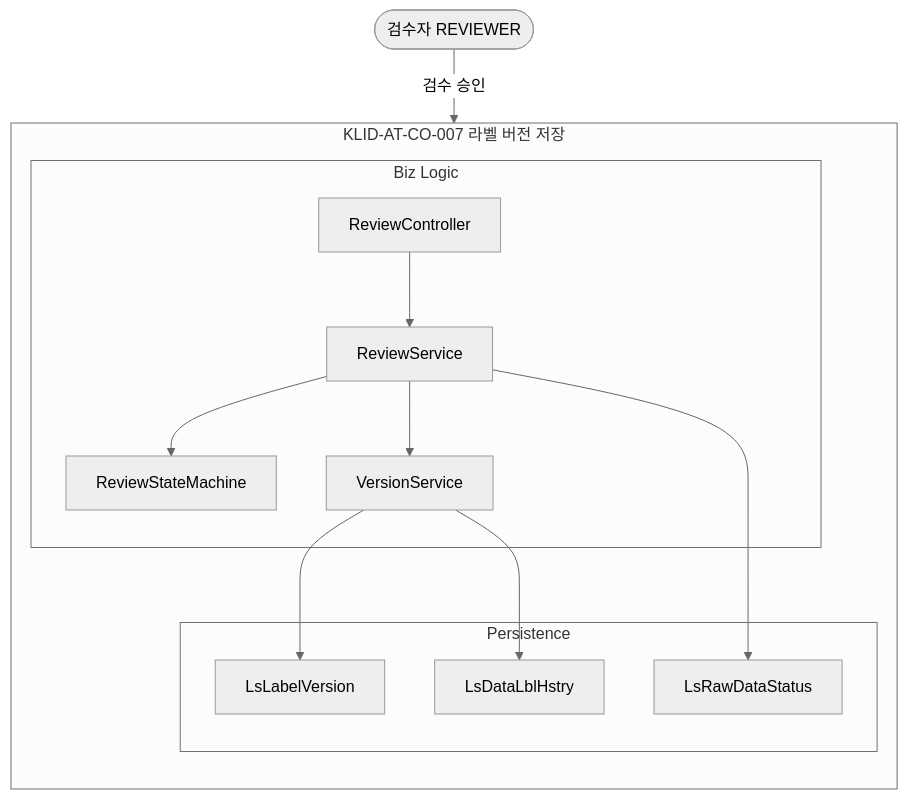
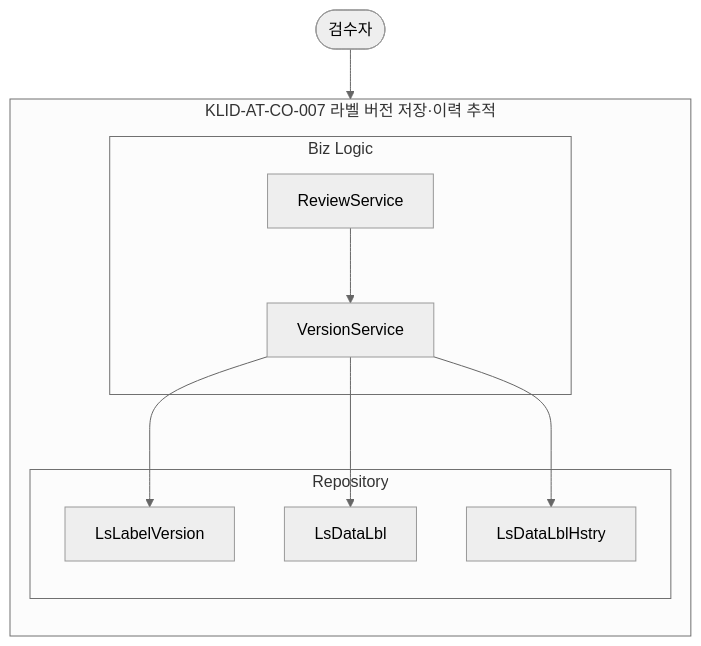
Before and after one commit to New-stella/klid-label: the seventh of 18 diagrams in docs/design/D3-컴포넌트설계서.md, drawn with Mermaid (neutral theme). The commit also changed other lines of this file and 7 other files, not shown here.

````diff
--- a/docs/design/D3-컴포넌트설계서.md
+++ b/docs/design/D3-컴포넌트설계서.md
@@ -225,25 +226,21 @@
 ```mermaid
 flowchart TD
-    REVIEWER([검수자 REVIEWER])
-    subgraph CO007[KLID-AT-CO-007 라벨 버전 저장]
+    REVIEWER([검수자])
+    subgraph CO007[KLID-AT-CO-007 라벨 버전 저장·이력 추적]
         direction TB
         subgraph BIZ7[Biz Logic]
-            RC[ReviewController]
-            RS[ReviewService]
-            RSM[ReviewStateMachine]
-            VS[VersionService]
+            RS7[ReviewService]
+            VS7[VersionService]
         end
-        subgraph PER7[Persistence]
-            LLV[LsLabelVersion]
-            LDH[LsDataLblHstry]
-            LRS[LsRawDataStatus]
+        subgraph REP7[Repository]
+            LV[LsLabelVersion]
+            HST[LsDataLblHstry]
+            LBL7[LsDataLbl]
         end
-        RC --> RS
-        RS --> RSM
-        RS --> VS
-        VS --> LLV
-        VS --> LDH
-        RS --> LRS
+        RS7 --> VS7
+        VS7 --> LBL7
+        VS7 --> LV
+        VS7 --> HST
     end
-    REVIEWER -->|검수 승인| RC
+    REVIEWER --> RS7
 ```
````
